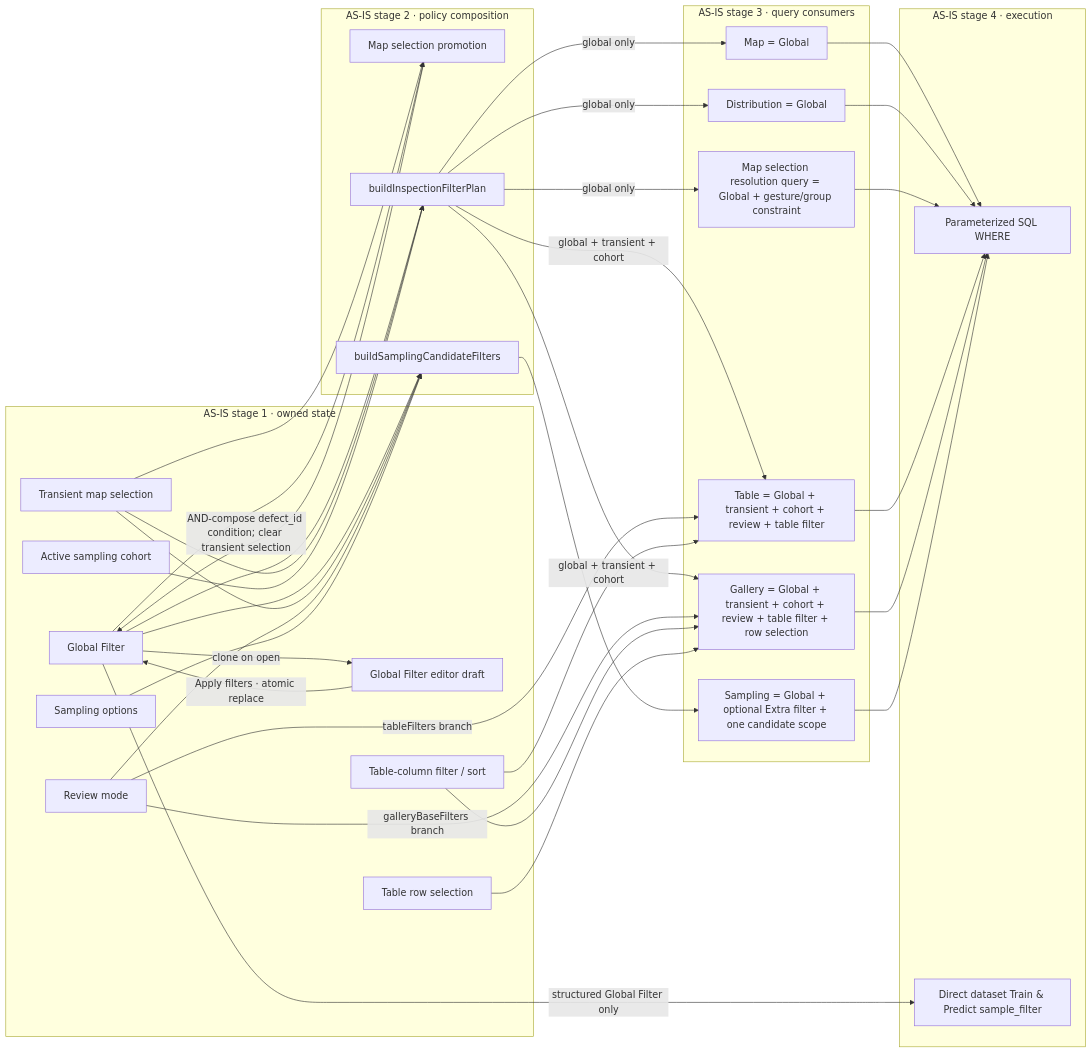
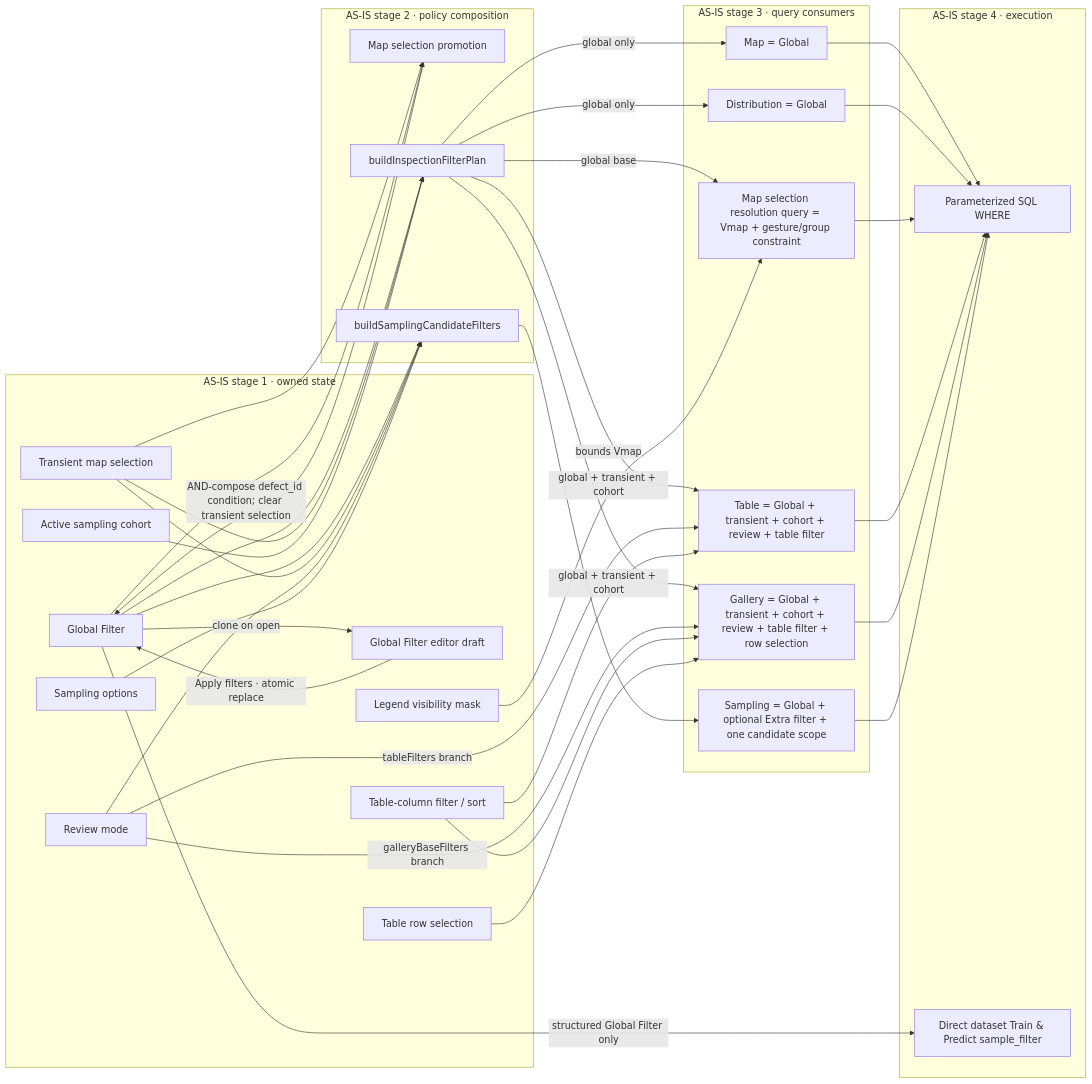
Before and after one commit to teepoy/web-training-platform: the first of 2 diagrams in docs/architecture/sc-inspection-workbench-filter-contract.md, drawn with Mermaid. The commit also changed other lines of this file and 6 other files, not shown here.

Commit message:
fix(sc): respect legend visibility in map selection

````diff
--- a/docs/architecture/sc-inspection-workbench-filter-contract.md
+++ b/docs/architecture/sc-inspection-workbench-filter-contract.md
@@ -121,68 +132,70 @@
 ```mermaid
 flowchart LR
   subgraph L1["AS-IS stage 1 · owned state"]
     GF["Global Filter"]
     GD["Global Filter editor draft"]
     MS["Transient map selection"]
+    LV["Legend visibility mask"]
     RV["Review mode"]
     CO["Active sampling cohort"]
     TF["Table-column filter / sort"]
     TS["Table row selection"]
     SO["Sampling options"]
   end
 
   GF -->|"clone on open"| GD
   GD -->|"Apply filters · atomic replace"| GF
 
   subgraph L2["AS-IS stage 2 · policy composition"]
     RED["Map selection promotion"]
     PLAN["buildInspectionFilterPlan"]
     CAND["buildSamplingCandidateFilters"]
   end
 
   subgraph L3["AS-IS stage 3 · query consumers"]
     MAP["Map = Global"]
     AGG["Distribution = Global"]
-    SEL["Map selection resolution query = Global + gesture/group constraint"]
+    SEL["Map selection resolution query = Vmap + gesture/group constraint"]
     TABLE["Table = Global + transient + cohort + review + table filter"]
     GALLERY["Gallery = Global + transient + cohort + review + table filter + row selection"]
     SAMPLE["Sampling = Global + optional Extra filter + one candidate scope"]
   end
 
   subgraph L4["AS-IS stage 4 · execution"]
     SQL["Parameterized SQL WHERE"]
     TRAIN["Direct dataset Train & Predict sample_filter"]
   end
 
   GF --> PLAN
   MS --> PLAN
   CO --> PLAN
   PLAN -->|"global only"| MAP
   PLAN -->|"global only"| AGG
-  PLAN -->|"global only"| SEL
+  PLAN -->|"global base"| SEL
+  LV -->|"bounds Vmap"| SEL
   PLAN -->|"global + transient + cohort"| TABLE
   PLAN -->|"global + transient + cohort"| GALLERY
   RV -->|"tableFilters branch"| TABLE
   RV -->|"galleryBaseFilters branch"| GALLERY
   TF --> TABLE
   TF --> GALLERY
   TS --> GALLERY
 
   GF --> CAND
   MS --> CAND
   RV --> CAND
   SO --> CAND
   CAND --> SAMPLE
 
   MS --> RED
   GF --> RED
   RED -->|"AND-compose defect_id condition; clear transient selection"| GF
 
   MAP --> SQL
   AGG --> SQL
   SEL --> SQL
   TABLE --> SQL
   GALLERY --> SQL
   SAMPLE --> SQL
   GF -->|"structured Global Filter only"| TRAIN
 ```
````
